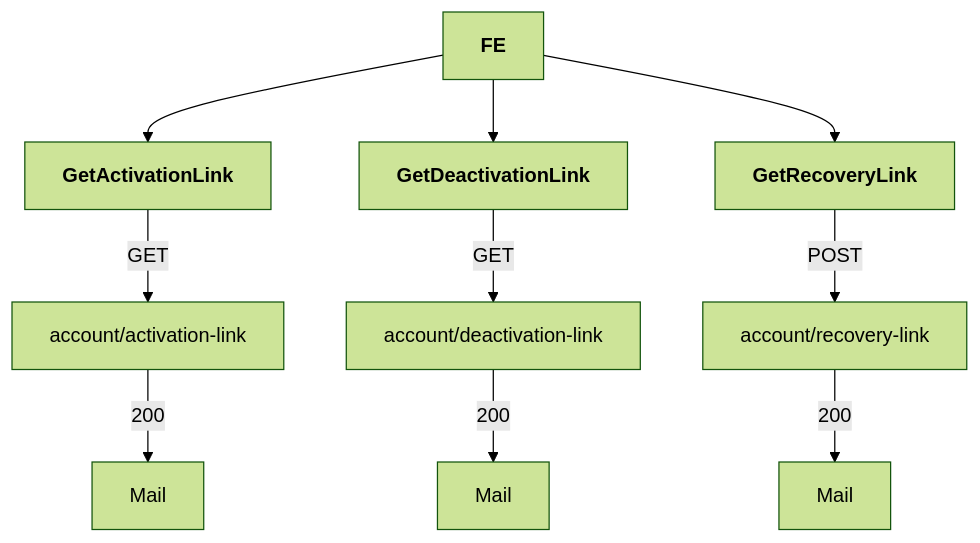
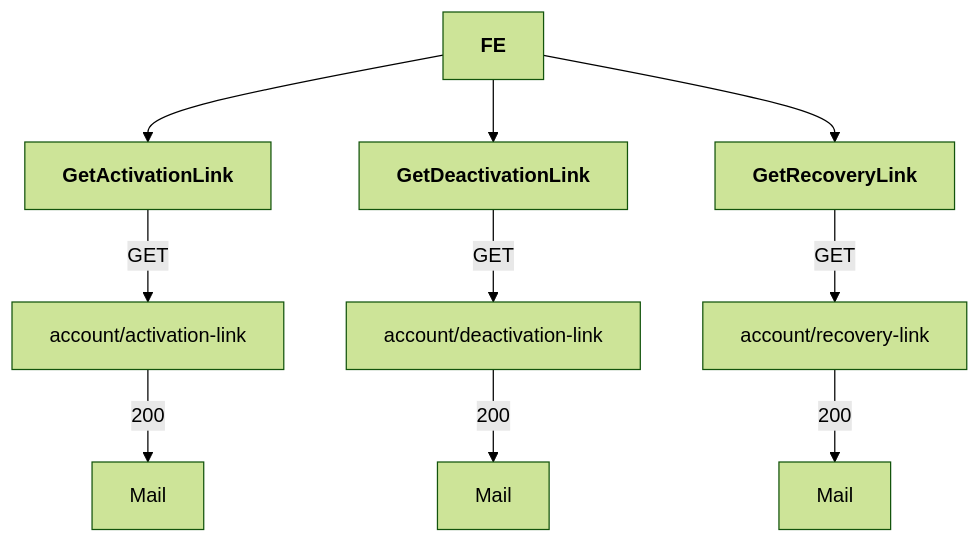
The first of 10 diagrams in README.md (Karmello/ask-the-world-api), drawn with Mermaid (forest theme) before and after one commit.

````diff
--- a/README.md
+++ b/README.md
@@ -7,6 +7,6 @@
 ```mermaid
 flowchart
 ROOT[<b>FE</b>] --> A1[<b>GetActivationLink</b>] --> |GET|A2[account/activation-link]  --> |200|A3[Mail]
 ROOT --> B1[<b>GetDeactivationLink</b>] --> |GET|B2[account/deactivation-link] --> |200|B3[Mail]
-ROOT --> C1[<b>GetRecoveryLink</b>] --> |POST|C2[account/recovery-link] --> |200|C3[Mail]
+ROOT --> C1[<b>GetRecoveryLink</b>] --> |GET|C2[account/recovery-link] --> |200|C3[Mail]
 ```
````
